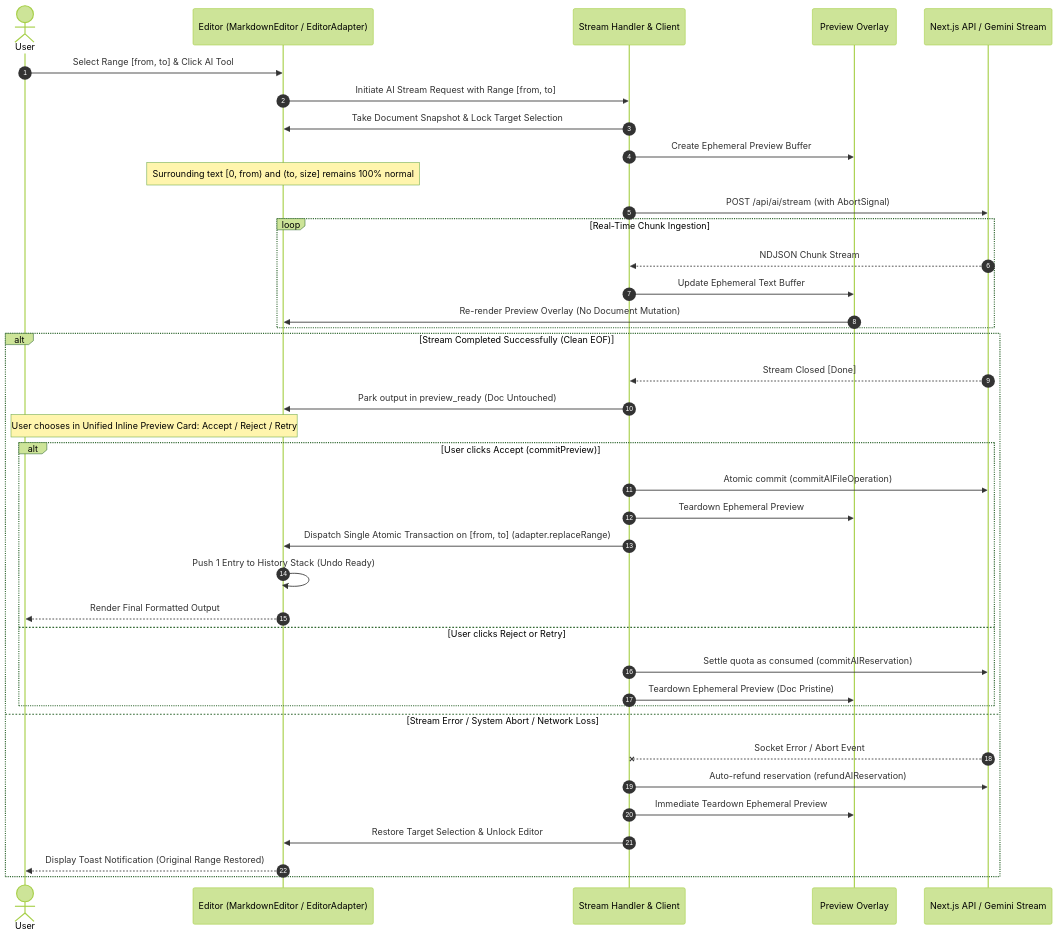
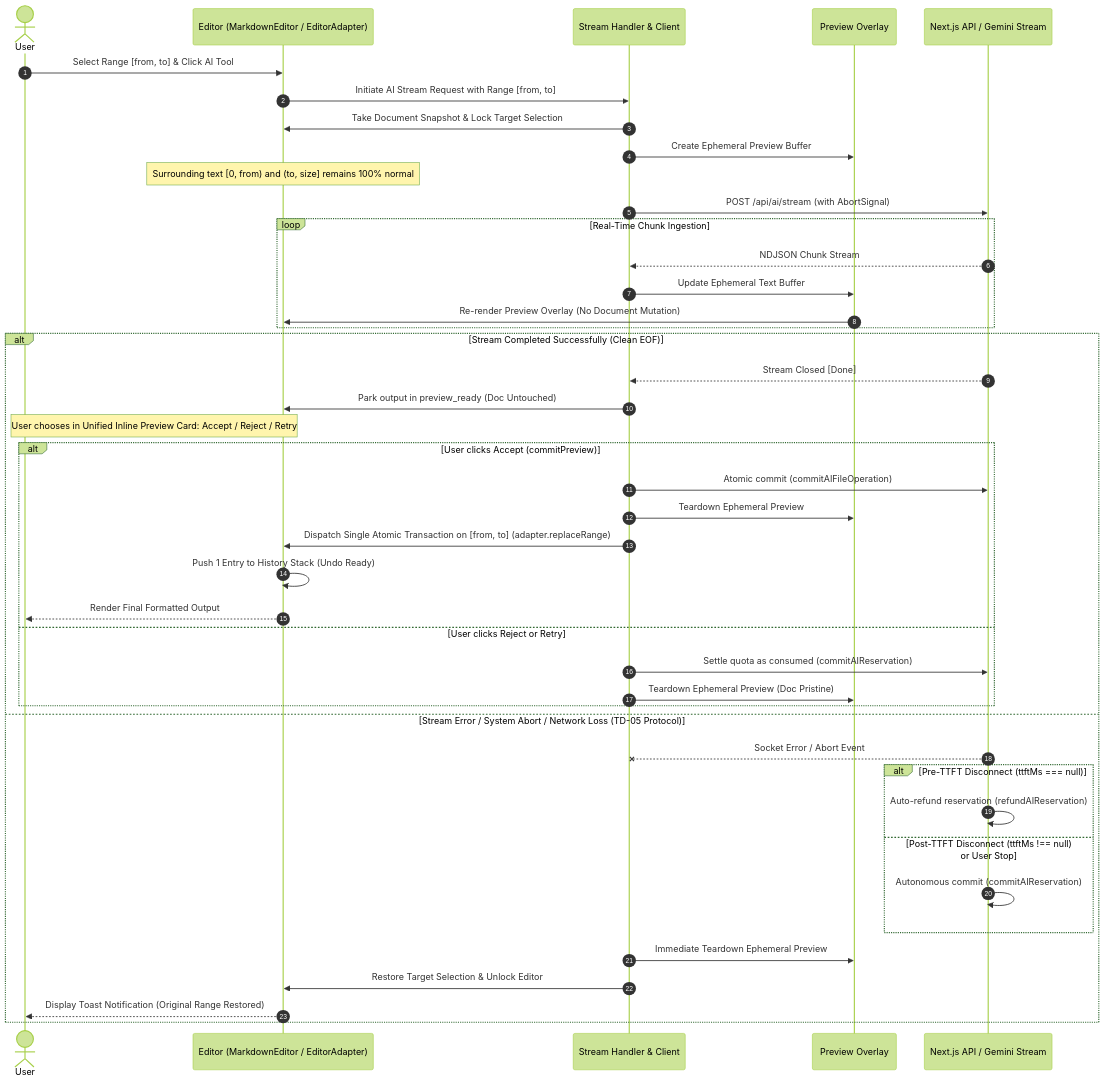
The first of 2 diagrams in docs/specs/UI_STREAMING_ARCHITECTURE_REQUIREMENTS.md (Abdullah931-stack/LUGX), drawn with Mermaid (forest theme) before and after one commit. The commit also changed other lines of this file and 14 other files, not shown here.

First line of the commit message:
fix(ai): resolve TD-05 zero-latency stop protocol and synchronize docs (v1.29.2)

````diff
--- a/docs/specs/UI_STREAMING_ARCHITECTURE_REQUIREMENTS.md
+++ b/docs/specs/UI_STREAMING_ARCHITECTURE_REQUIREMENTS.md
@@ -28,44 +28,48 @@
 ```mermaid
 sequenceDiagram
     autonumber
     actor User
     participant Editor as Editor (MarkdownEditor / EditorAdapter)
     participant StreamHandler as Stream Handler & Client
     participant GhostExt as Preview Overlay
     participant Backend as Next.js API / Gemini Stream
 
     User->>Editor: Select Range [from, to] & Click AI Tool
     Editor->>StreamHandler: Initiate AI Stream Request with Range [from, to]
     StreamHandler->>Editor: Take Document Snapshot & Lock Target Selection
     StreamHandler->>GhostExt: Create Ephemeral Preview Buffer
     Note over Editor: Surrounding text [0, from) and (to, size] remains 100% normal
     StreamHandler->>Backend: POST /api/ai/stream (with AbortSignal)
     
     loop Real-Time Chunk Ingestion
         Backend-->>StreamHandler: NDJSON Chunk Stream
         StreamHandler->>GhostExt: Update Ephemeral Text Buffer
         GhostExt->>Editor: Re-render Preview Overlay (No Document Mutation)
     end
 
     alt Stream Completed Successfully (Clean EOF)
         Backend-->>StreamHandler: Stream Closed [Done]
         StreamHandler->>Editor: Park output in preview_ready (Doc Untouched)
         Note over User,Editor: User chooses in Unified Inline Preview Card: Accept / Reject / Retry
         alt User clicks Accept (commitPreview)
             StreamHandler->>Backend: Atomic commit (commitAIFileOperation)
             StreamHandler->>GhostExt: Teardown Ephemeral Preview
             StreamHandler->>Editor: Dispatch Single Atomic Transaction on [from, to] (adapter.replaceRange)
             Editor->>Editor: Push 1 Entry to History Stack (Undo Ready)
             Editor-->>User: Render Final Formatted Output
         else User clicks Reject or Retry
             StreamHandler->>Backend: Settle quota as consumed (commitAIReservation)
             StreamHandler->>GhostExt: Teardown Ephemeral Preview (Doc Pristine)
         end
-    else Stream Error / System Abort / Network Loss
+    else Stream Error / System Abort / Network Loss (TD-05 Protocol)
         Backend--xStreamHandler: Socket Error / Abort Event
-        StreamHandler->>Backend: Auto-refund reservation (refundAIReservation)
+        alt Pre-TTFT Disconnect (ttftMs === null)
+            Backend->>Backend: Auto-refund reservation (refundAIReservation)
+        else Post-TTFT Disconnect (ttftMs !== null) or User Stop
+            Backend->>Backend: Autonomous commit (commitAIReservation)
+        end
         StreamHandler->>GhostExt: Immediate Teardown Ephemeral Preview
         StreamHandler->>Editor: Restore Target Selection & Unlock Editor
         Editor-->>User: Display Toast Notification (Original Range Restored)
     end
 ```
````
